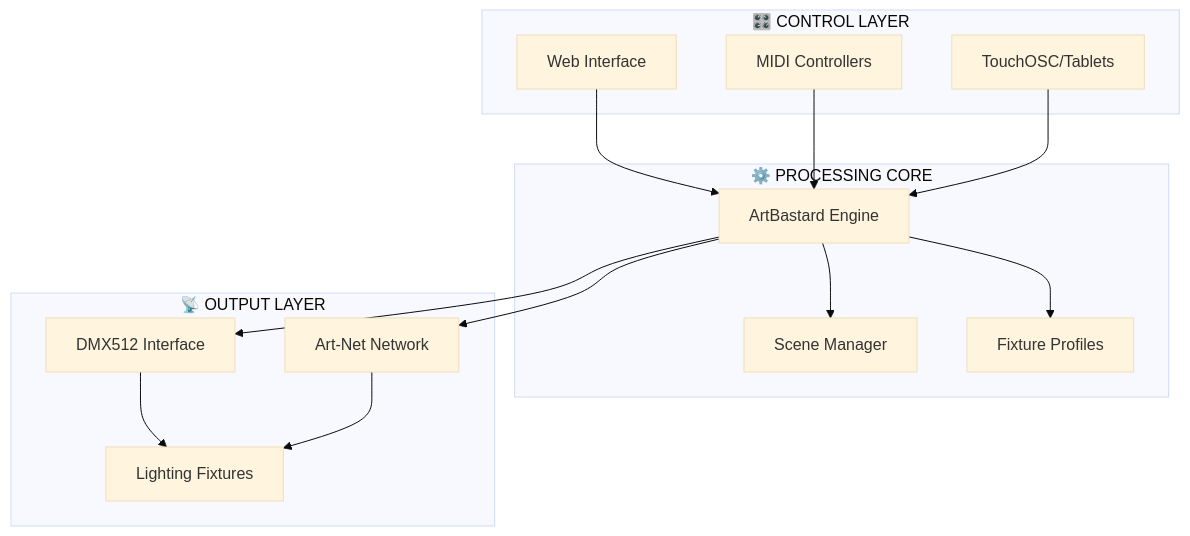
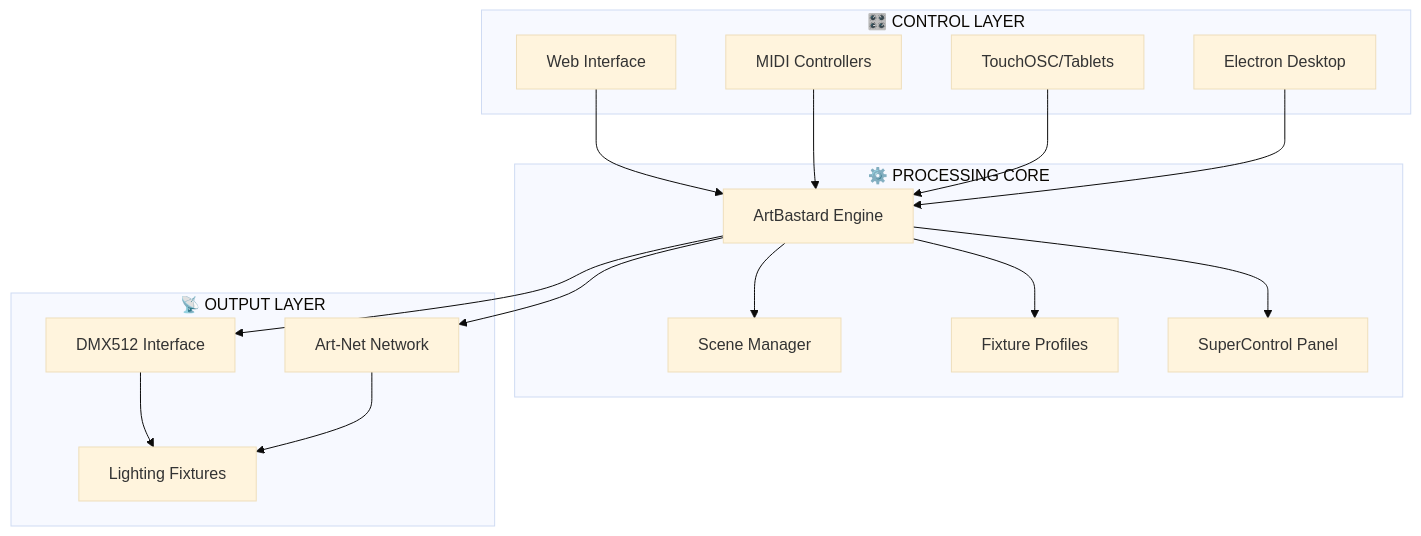
One commit to aday1/ArtBastard-DMX512 changed the diagram in README.md. Above: the diagram before and after it, drawn with Mermaid (base theme). The commit also changed other lines of this file and 172 other files, not shown here.

````diff
--- a/README.md
+++ b/README.md
@@ -80,30 +72,34 @@
 ```mermaid
 graph TB
     subgraph "🎛️ CONTROL LAYER"
         UI[Web Interface]
         MIDI[MIDI Controllers]
         OSC[TouchOSC/Tablets]
+        Electron[Electron Desktop]
     end
     
     subgraph "⚙️ PROCESSING CORE"
         Engine[ArtBastard Engine]
         Scenes[Scene Manager]
         Fixtures[Fixture Profiles]
+        SuperControl[SuperControl Panel]
     end
     
     subgraph "📡 OUTPUT LAYER"
         DMX[DMX512 Interface]
         ArtNet[Art-Net Network]
         Lights[Lighting Fixtures]
     end
     
     UI --> Engine
     MIDI --> Engine
     OSC --> Engine
+    Electron --> Engine
     Engine --> Scenes
     Engine --> Fixtures
+    Engine --> SuperControl
     Engine --> DMX
     Engine --> ArtNet
     DMX --> Lights
     ArtNet --> Lights
 ```
````
